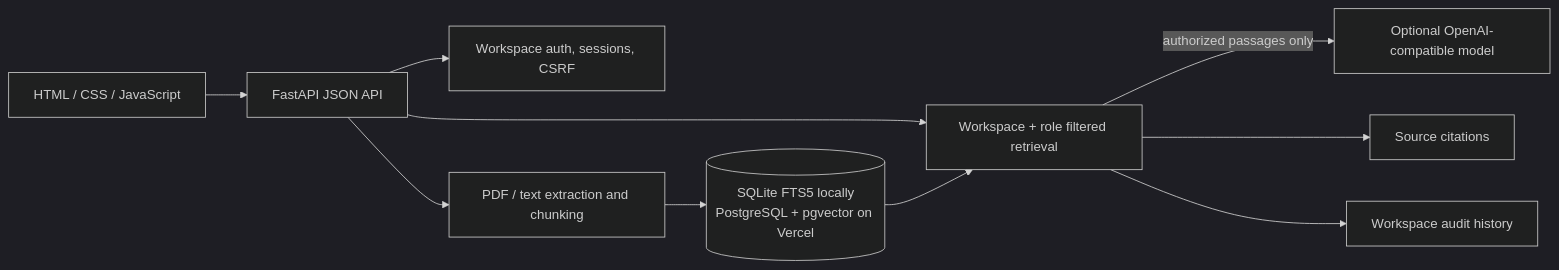
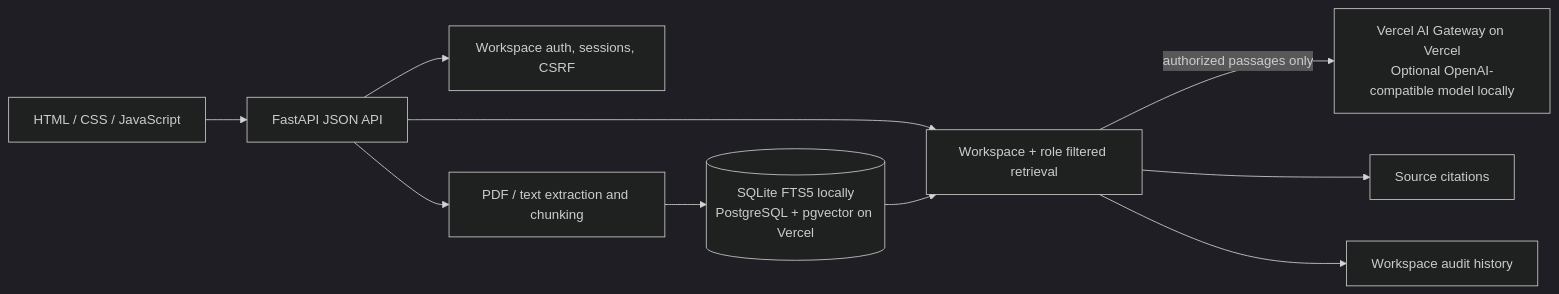
The diagram in README.md (MuhammadSaabiqkader/permission-aware-rag), drawn with Mermaid (dark theme) before and after one commit.

Commit message:
docs: update architecture for gateway model

````diff
--- a/README.md
+++ b/README.md
@@ -91,12 +91,12 @@
 ```mermaid
 flowchart LR
     Browser[HTML / CSS / JavaScript] --> API[FastAPI JSON API]
     API --> Auth[Workspace auth, sessions, CSRF]
     API --> Parse[PDF / text extraction and chunking]
     Parse --> Store[(SQLite FTS5 locally<br/>PostgreSQL + pgvector on Vercel)]
     API --> Retrieve[Workspace + role filtered retrieval]
     Store --> Retrieve
-    Retrieve -->|authorized passages only| LLM[Optional OpenAI-compatible model]
+    Retrieve -->|authorized passages only| LLM[Vercel AI Gateway on Vercel<br/>Optional OpenAI-compatible model locally]
     Retrieve --> Cite[Source citations]
     Retrieve --> Audit[Workspace audit history]
 ```
````
